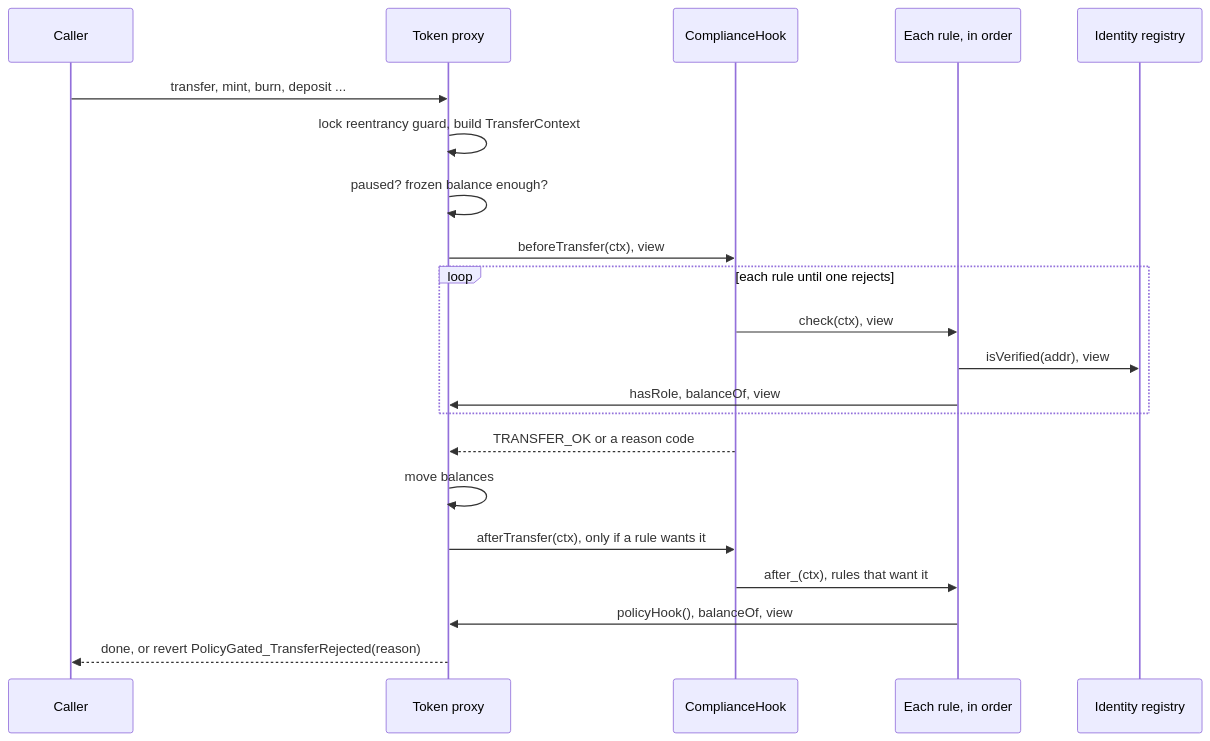
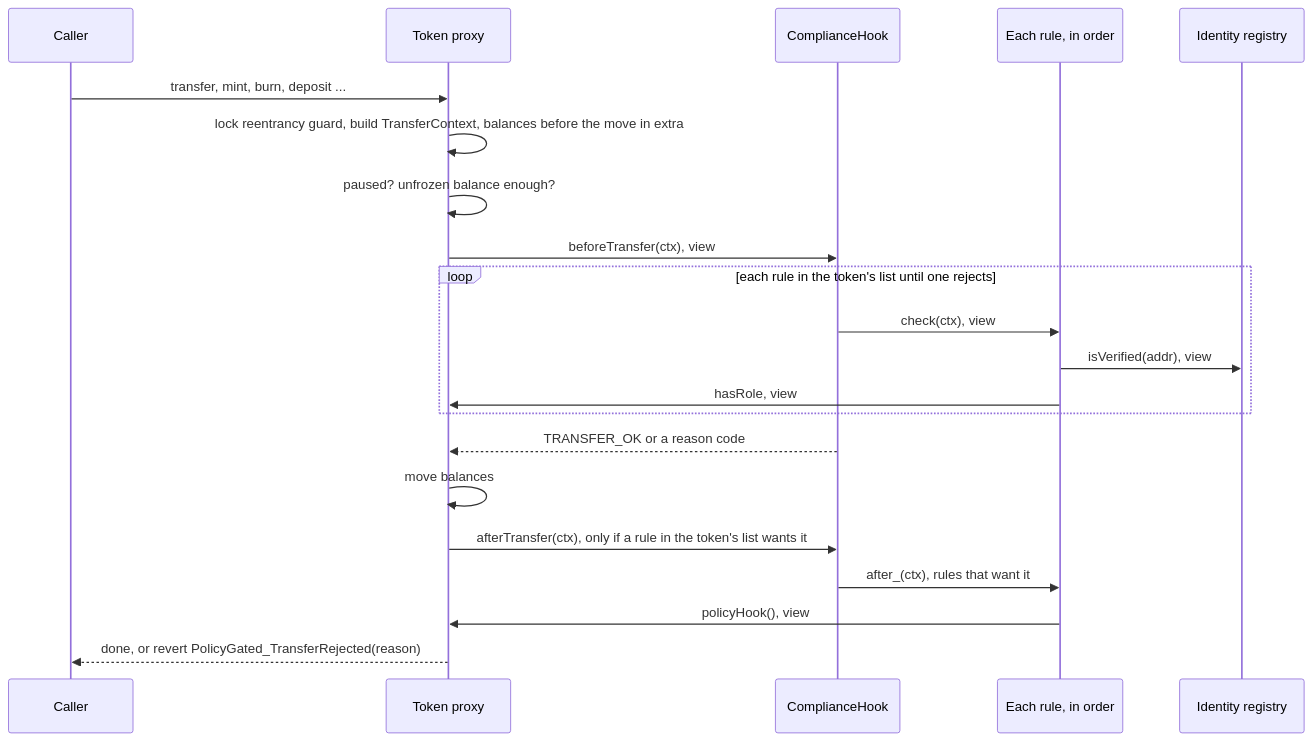
The second of 3 diagrams in docs/architecture.md (fepvenancio/rwa-token), drawn with Mermaid before and after one commit. The commit also changed other lines of this file and 13 other files, not shown here.

````diff
--- a/docs/architecture.md
+++ b/docs/architecture.md
@@ -69,24 +69,24 @@
 ```mermaid
 sequenceDiagram
   participant C as Caller
   participant T as Token proxy
   participant H as ComplianceHook
   participant R as Each rule, in order
   participant X as Identity registry
 
   C->>T: transfer, mint, burn, deposit ...
-  T->>T: lock reentrancy guard, build TransferContext
-  T->>T: paused? frozen balance enough?
+  T->>T: lock reentrancy guard, build TransferContext, balances before the move in extra
+  T->>T: paused? unfrozen balance enough?
   T->>H: beforeTransfer(ctx), view
-  loop each rule until one rejects
+  loop each rule in the token's list until one rejects
     H->>R: check(ctx), view
     R->>X: isVerified(addr), view
-    R->>T: hasRole, balanceOf, view
+    R->>T: hasRole, view
   end
   H-->>T: TRANSFER_OK or a reason code
   T->>T: move balances
-  T->>H: afterTransfer(ctx), only if a rule wants it
+  T->>H: afterTransfer(ctx), only if a rule in the token's list wants it
   H->>R: after_(ctx), rules that want it
-  R->>T: policyHook(), balanceOf, view
+  R->>T: policyHook(), view
   T-->>C: done, or revert PolicyGated_TransferRejected(reason)
 ```
````
